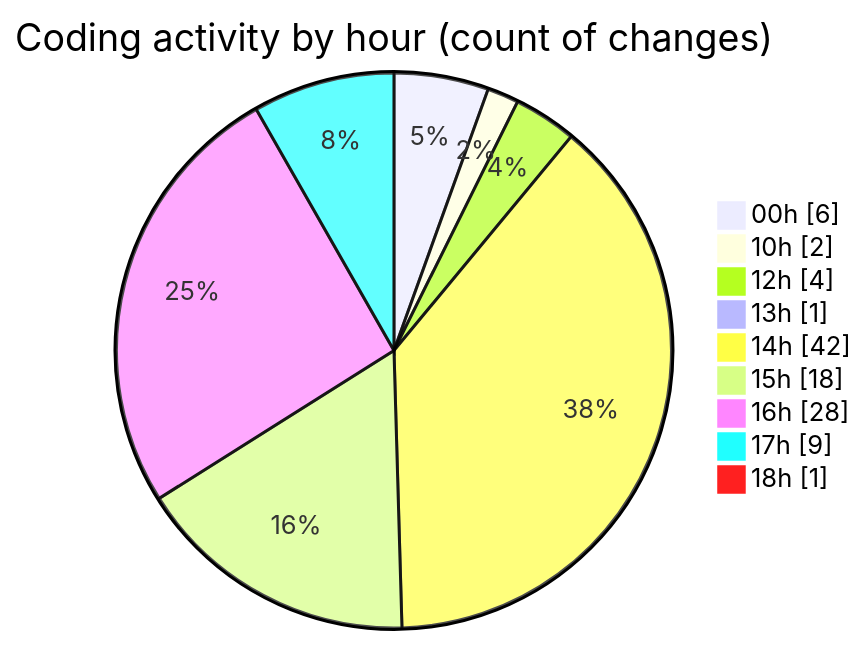
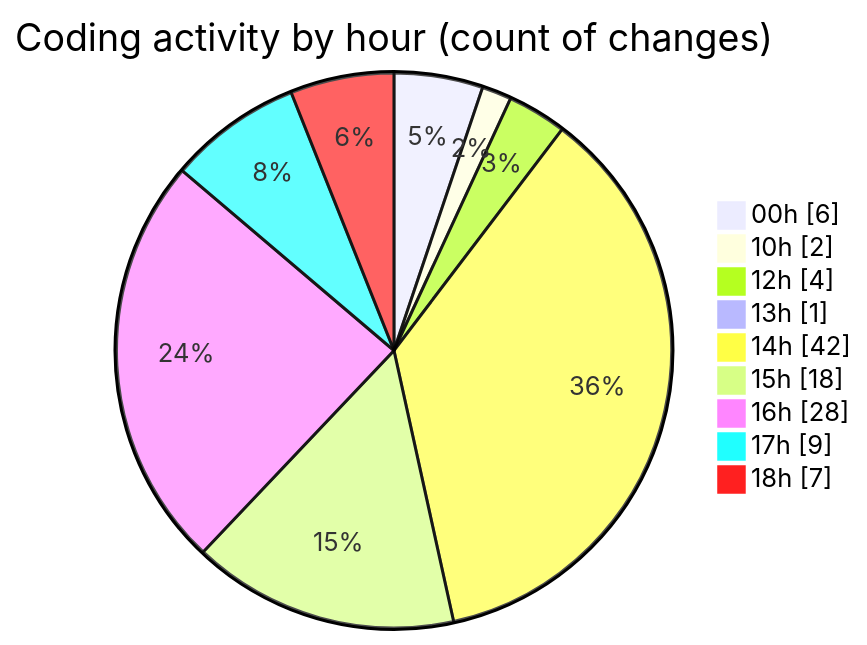
The second of 2 diagrams in 2025-06-04/nxtqube_webapp/README.md (nxtqubesakshisongat/code-tracking), drawn with Mermaid before and after one commit. The commit also changed other lines of this file and 1 other file, not shown here.

````diff
--- a/2025-06-04/nxtqube_webapp/README.md
+++ b/2025-06-04/nxtqube_webapp/README.md
@@ -35,13 +36,13 @@
 ```mermaid
 pie showData
 title Coding activity by hour (count of changes)
 "00h" : 6
 "10h" : 2
 "12h" : 4
 "13h" : 1
 "14h" : 42
 "15h" : 18
 "16h" : 28
 "17h" : 9
-"18h" : 1
+"18h" : 7
 ```
````
